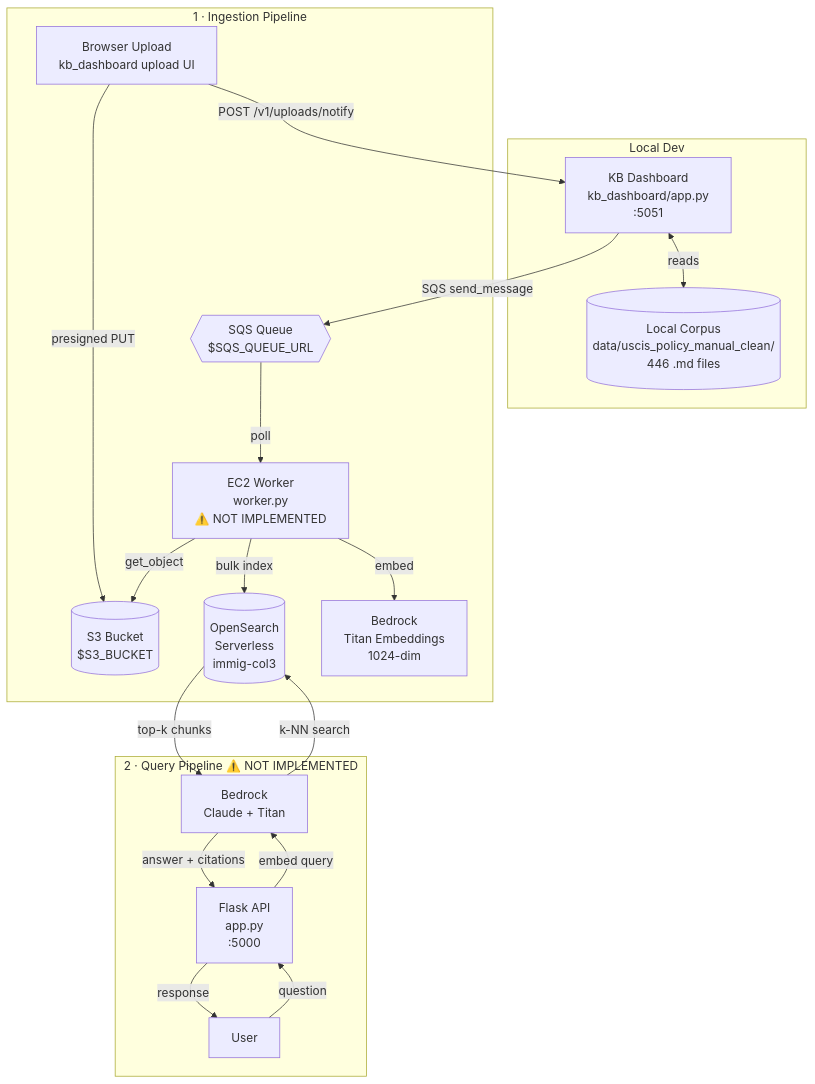
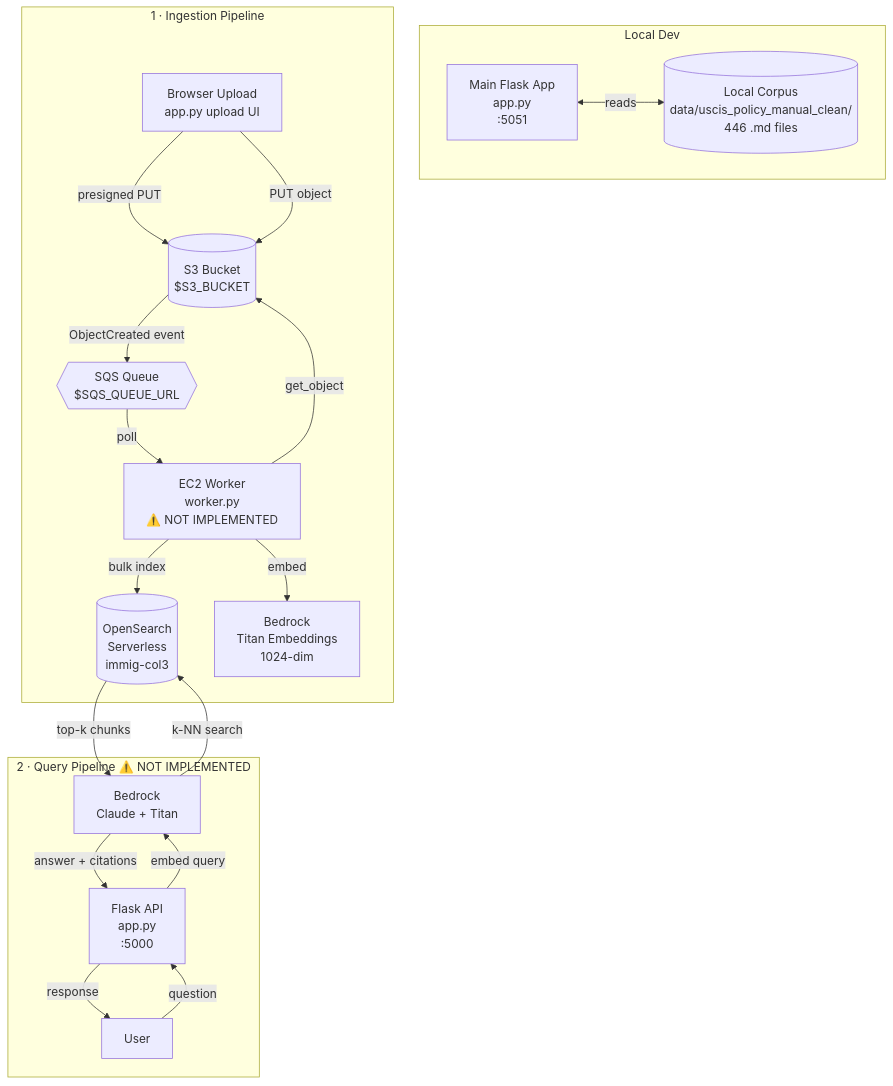
One commit to segalmax/immigration-rag changed the diagram in docs/CODEBASE_MAP.md. Above: the diagram before and after it, drawn with Mermaid. The commit also changed other lines of this file and 13 other files, not shown here.

First line of the commit message:
simplify app structure and switch uploads to S3 events

````diff
--- a/docs/CODEBASE_MAP.md
+++ b/docs/CODEBASE_MAP.md
@@ -23,37 +23,37 @@
 ```mermaid
 flowchart TD
     subgraph Dev["Local Dev"]
-        KBDash["KB Dashboard\nkb_dashboard/app.py\n:5051"]
+        KBDash["Main Flask App\napp.py\n:5051"]
         LocalCorpus[("Local Corpus\ndata/uscis_policy_manual_clean/\n446 .md files")]
         KBDash <-->|reads| LocalCorpus
     end
 
     subgraph Ingestion["1 · Ingestion Pipeline"]
-        Browser["Browser Upload\nkb_dashboard upload UI"]
+        Browser["Browser Upload\napp.py upload UI"]
         S3[("S3 Bucket\n$S3_BUCKET")]
         SQS{{"SQS Queue\n$SQS_QUEUE_URL"}}
         Worker["EC2 Worker\nworker.py\n⚠️ NOT IMPLEMENTED"]
         OS[("OpenSearch\nServerless\nimmig-col3")]
         Bedrock1["Bedrock\nTitan Embeddings\n1024-dim"]
 
         Browser -->|presigned PUT| S3
-        Browser -->|POST /v1/uploads/notify| KBDash
-        KBDash -->|SQS send_message| SQS
+        Browser -->|PUT object| S3
+        S3 -->|ObjectCreated event| SQS
         SQS -->|poll| Worker
         Worker -->|get_object| S3
         Worker -->|embed| Bedrock1
         Worker -->|bulk index| OS
     end
 
     subgraph Query["2 · Query Pipeline ⚠️ NOT IMPLEMENTED"]
         User["User"]
         API["Flask API\napp.py\n:5000"]
         Bedrock2["Bedrock\nClaude + Titan"]
         API -->|embed query| Bedrock2
         Bedrock2 -->|k-NN search| OS
         OS -->|top-k chunks| Bedrock2
         Bedrock2 -->|answer + citations| API
         User -->|question| API
         API -->|response| User
     end
 ```
````
